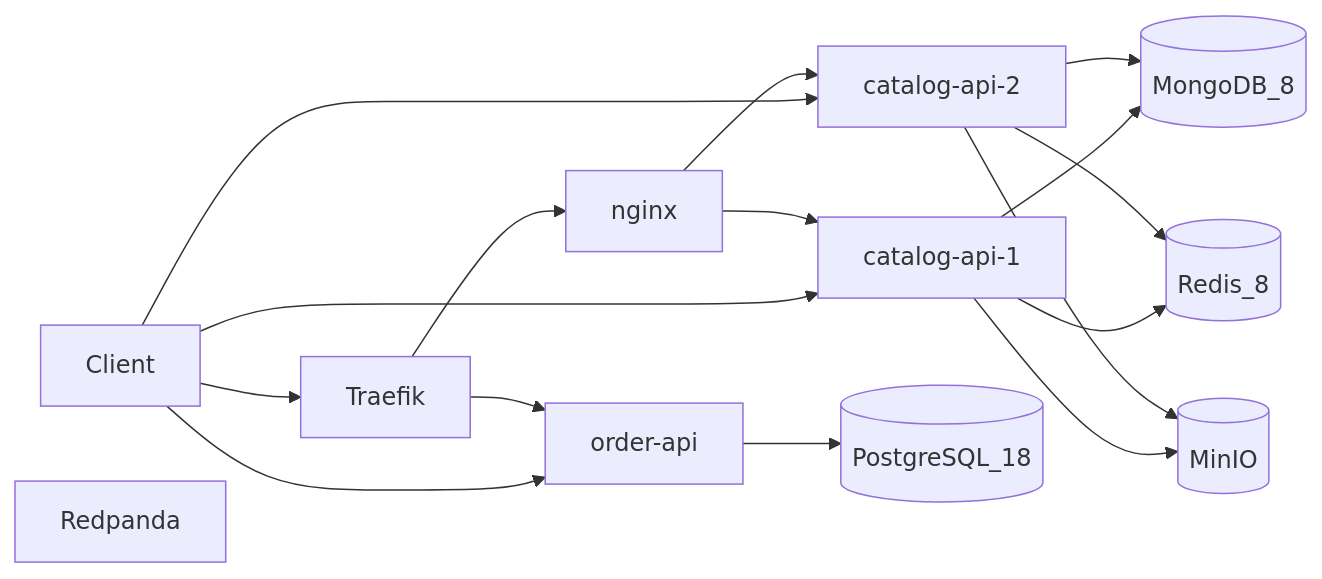
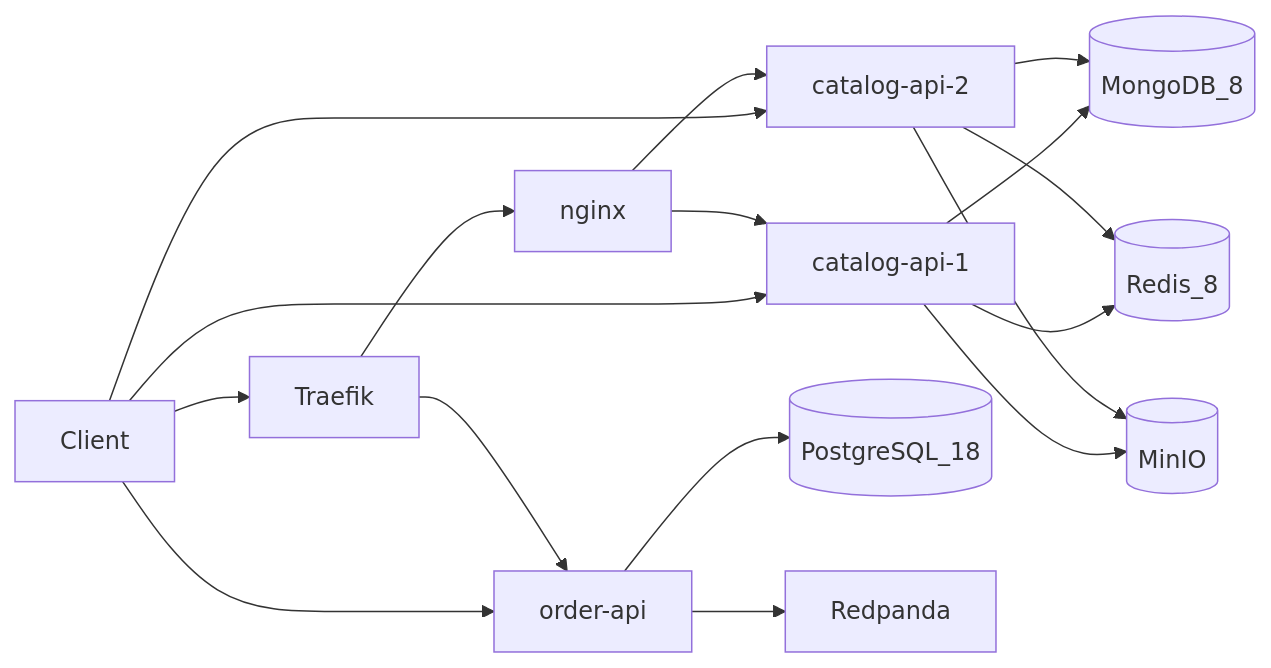
The first of 2 diagrams in docs/docs/architecture/overview.mdx (ianckc/streamshop-distributed-system), drawn with Mermaid before and after one commit. The commit also changed other lines of this file and 20 other files, not shown here.

````diff
--- a/docs/docs/architecture/overview.mdx
+++ b/docs/docs/architecture/overview.mdx
@@ -11,19 +11,19 @@
 ```mermaid
 flowchart LR
   Client[Client] --> Traefik[Traefik]
   Client --> Catalog1[catalog-api-1]
   Client --> Catalog2[catalog-api-2]
   Client --> OrderAPI[order-api]
   Traefik --> Nginx[nginx]
   Traefik --> OrderAPI
   Nginx --> Catalog1
   Nginx --> Catalog2
   Catalog1 --> Mongo[(MongoDB_8)]
   Catalog2 --> Mongo
   Catalog1 --> Redis[(Redis_8)]
   Catalog2 --> Redis
   Catalog1 --> MinIO[(MinIO)]
   Catalog2 --> MinIO
   OrderAPI --> Postgres[(PostgreSQL_18)]
-  Redpanda[Redpanda]
+  OrderAPI --> Redpanda[Redpanda]
 ```
````
